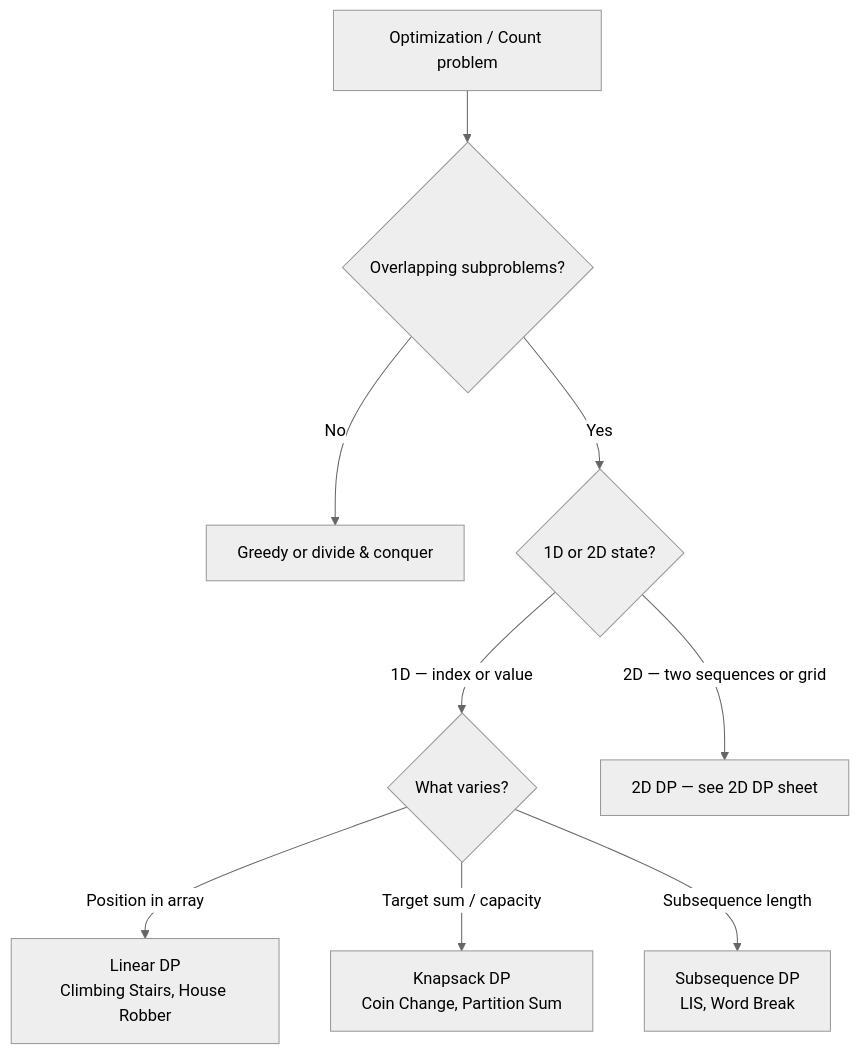
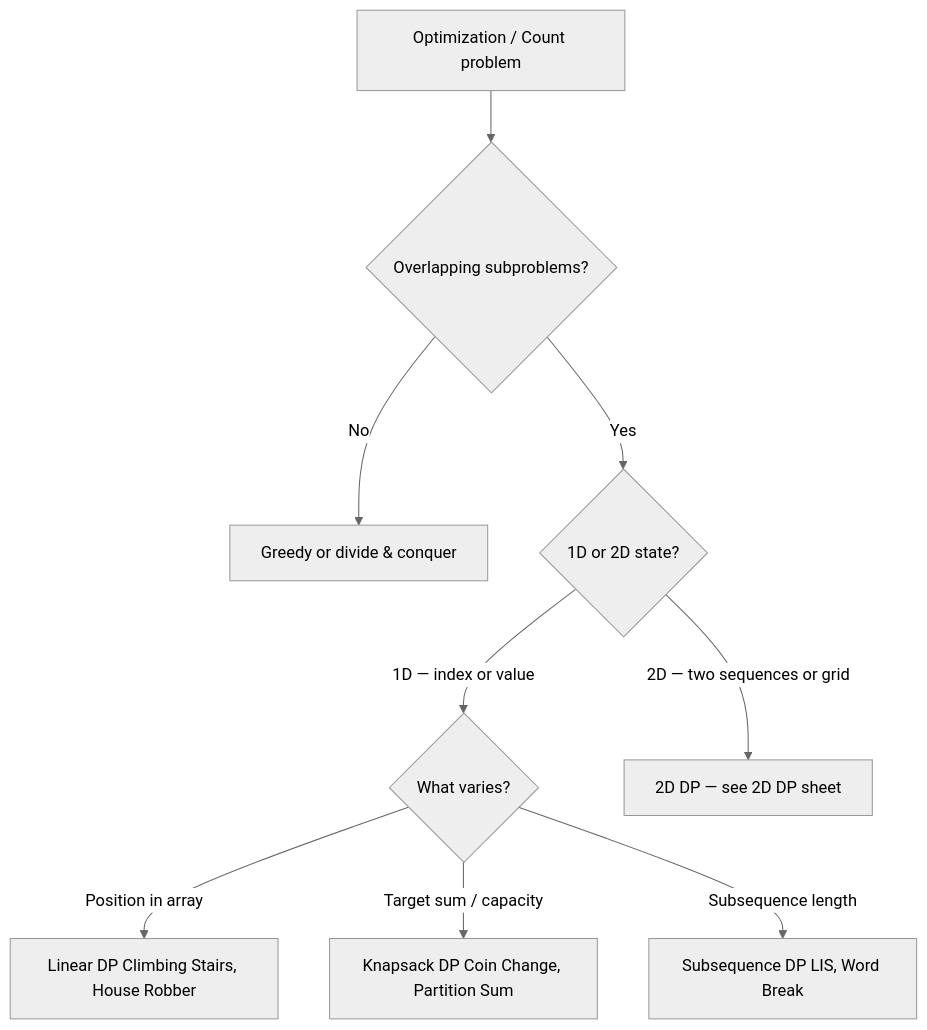
One commit to deepanshu-rawat6/AlgoAtlas changed the second of 6 diagrams in 1d_dp/README.md. Above: the diagram before and after it, drawn with Mermaid (neutral theme). The commit also changed other lines of this file and 13 other files, not shown here.

````diff
--- a/1d_dp/README.md
+++ b/1d_dp/README.md
@@ -59,11 +59,11 @@
 ```mermaid
 flowchart TD
     A["Optimization / Count problem"] --> B{"Overlapping subproblems?"}
     B -->|No| C[Greedy or divide & conquer]
     B -->|Yes| D{"1D or 2D state?"}
     D -->|1D — index or value| E{"What varies?"}
-    E -->|Position in array| F[Linear DP<br>Climbing Stairs, House Robber]
-    E -->|Target sum / capacity| G[Knapsack DP<br>Coin Change, Partition Sum]
-    E -->|Subsequence length| H[Subsequence DP<br>LIS, Word Break]
+    E -->|Position in array| F[Linear DP Climbing Stairs, House Robber]
+    E -->|Target sum / capacity| G[Knapsack DP Coin Change, Partition Sum]
+    E -->|Subsequence length| H[Subsequence DP LIS, Word Break]
     D -->|2D — two sequences or grid| I[2D DP — see 2D DP sheet]
 ```
````
